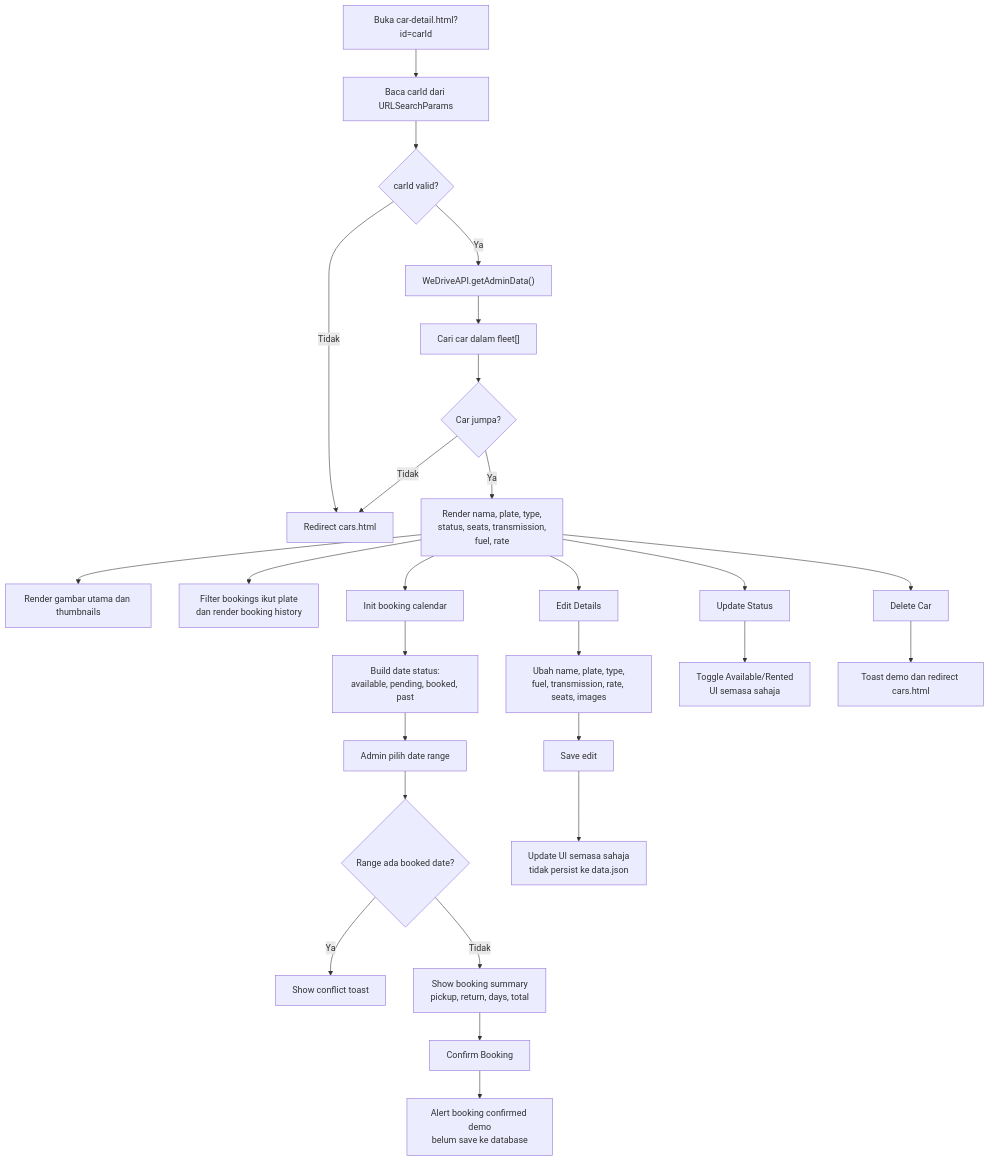
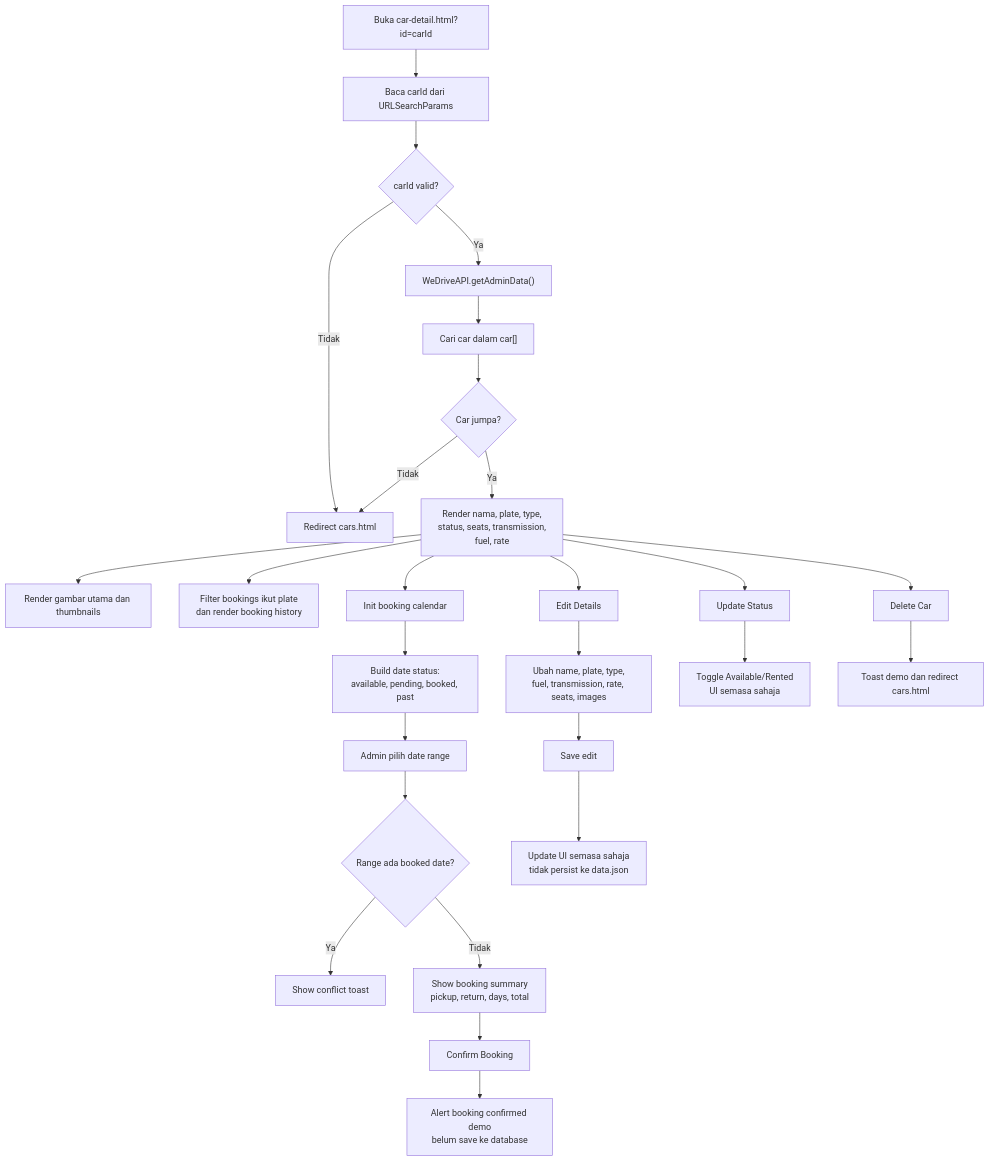
Before and after one commit to hdanial211/WeDRIVE: the ninth of 20 diagrams in docs/FULL_SYSTEM_FLOWCHART.md, drawn with Mermaid. The commit also changed other lines of this file and 41 other files, not shown here.

Commit message:
5.5.12 Refactoring: Rename fleet terminology to car across language files and loaders

````diff
--- a/docs/FULL_SYSTEM_FLOWCHART.md
+++ b/docs/FULL_SYSTEM_FLOWCHART.md
@@ -199,35 +199,35 @@
 ```mermaid
 flowchart TD
     DETAIL_START["Buka car-detail.html?id=carId"] --> READ_ID["Baca carId dari URLSearchParams"]
     READ_ID --> VALID_ID{"carId valid?"}
     VALID_ID -->|Tidak| BACK_CARS["Redirect cars.html"]
     VALID_ID -->|Ya| LOAD_DATA["WeDriveAPI.getAdminData()"]
 
-    LOAD_DATA --> FIND_CAR["Cari car dalam fleet[]"]
+    LOAD_DATA --> FIND_CAR["Cari car dalam car[]"]
     FIND_CAR --> FOUND{"Car jumpa?"}
     FOUND -->|Tidak| BACK_CARS
     FOUND -->|Ya| RENDER_DETAIL["Render nama, plate, type,<br/>status, seats, transmission,<br/>fuel, rate"]
 
     RENDER_DETAIL --> RENDER_IMAGES["Render gambar utama dan thumbnails"]
     RENDER_DETAIL --> HISTORY["Filter bookings ikut plate<br/>dan render booking history"]
     RENDER_DETAIL --> CALENDAR["Init booking calendar"]
 
     CALENDAR --> DATE_STATUS["Build date status:<br/>available, pending, booked, past"]
     DATE_STATUS --> SELECT_DATE["Admin pilih date range"]
     SELECT_DATE --> CONFLICT{"Range ada booked date?"}
     CONFLICT -->|Ya| SHOW_TOAST["Show conflict toast"]
     CONFLICT -->|Tidak| SUMMARY["Show booking summary<br/>pickup, return, days, total"]
     SUMMARY --> CONFIRM["Confirm Booking"]
     CONFIRM --> DEMO_BOOKING["Alert booking confirmed demo<br/>belum save ke database"]
 
     RENDER_DETAIL --> EDIT["Edit Details"]
     EDIT --> EDIT_FORM["Ubah name, plate, type,<br/>fuel, transmission, rate, seats, images"]
     EDIT_FORM --> SAVE_EDIT["Save edit"]
     SAVE_EDIT --> UPDATE_SCREEN["Update UI semasa sahaja<br/>tidak persist ke data.json"]
 
     RENDER_DETAIL --> UPDATE_STATUS["Update Status"]
     UPDATE_STATUS --> TOGGLE_STATUS["Toggle Available/Rented<br/>UI semasa sahaja"]
 
     RENDER_DETAIL --> DELETE_CAR["Delete Car"]
     DELETE_CAR --> DEMO_DELETE["Toast demo dan redirect cars.html"]
 ```
````
